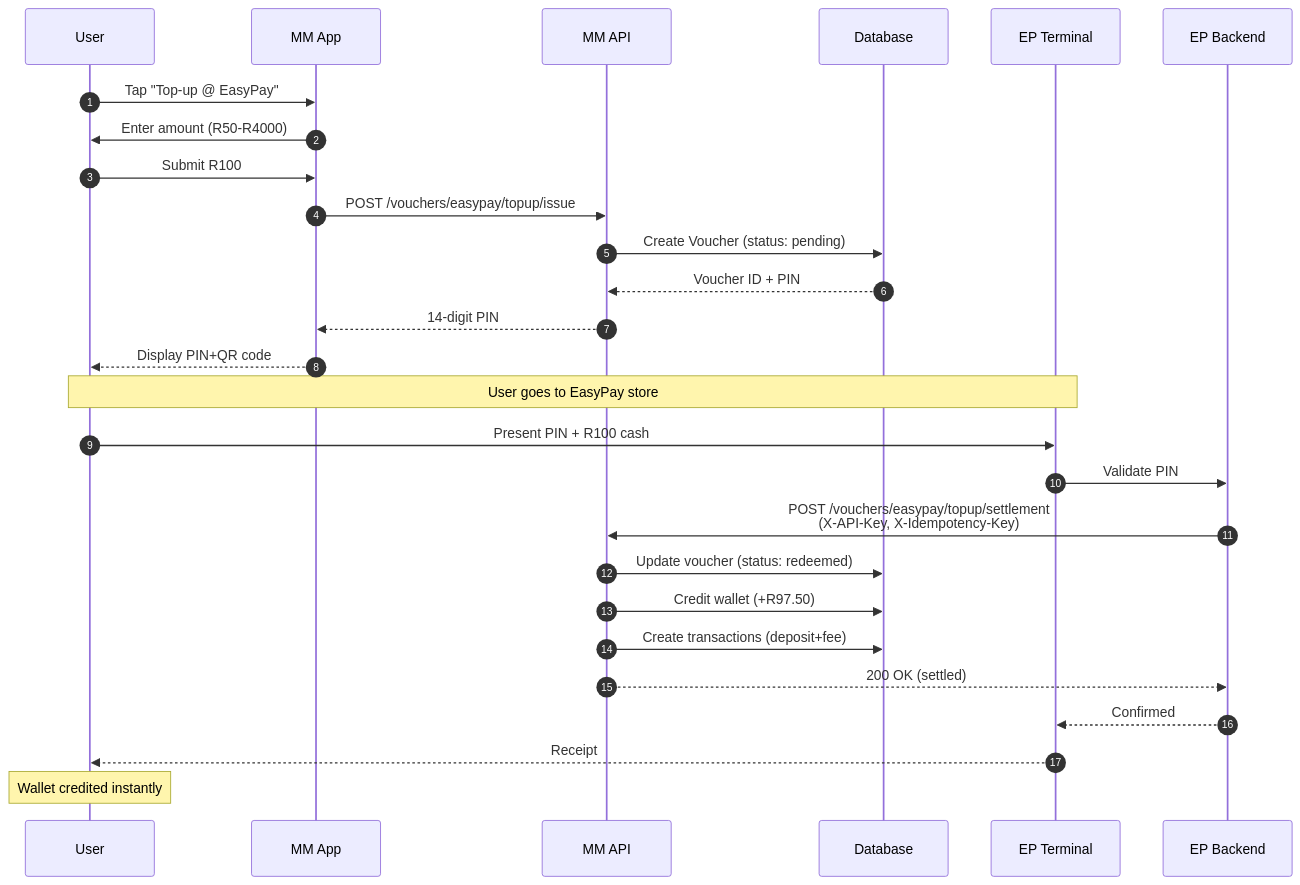
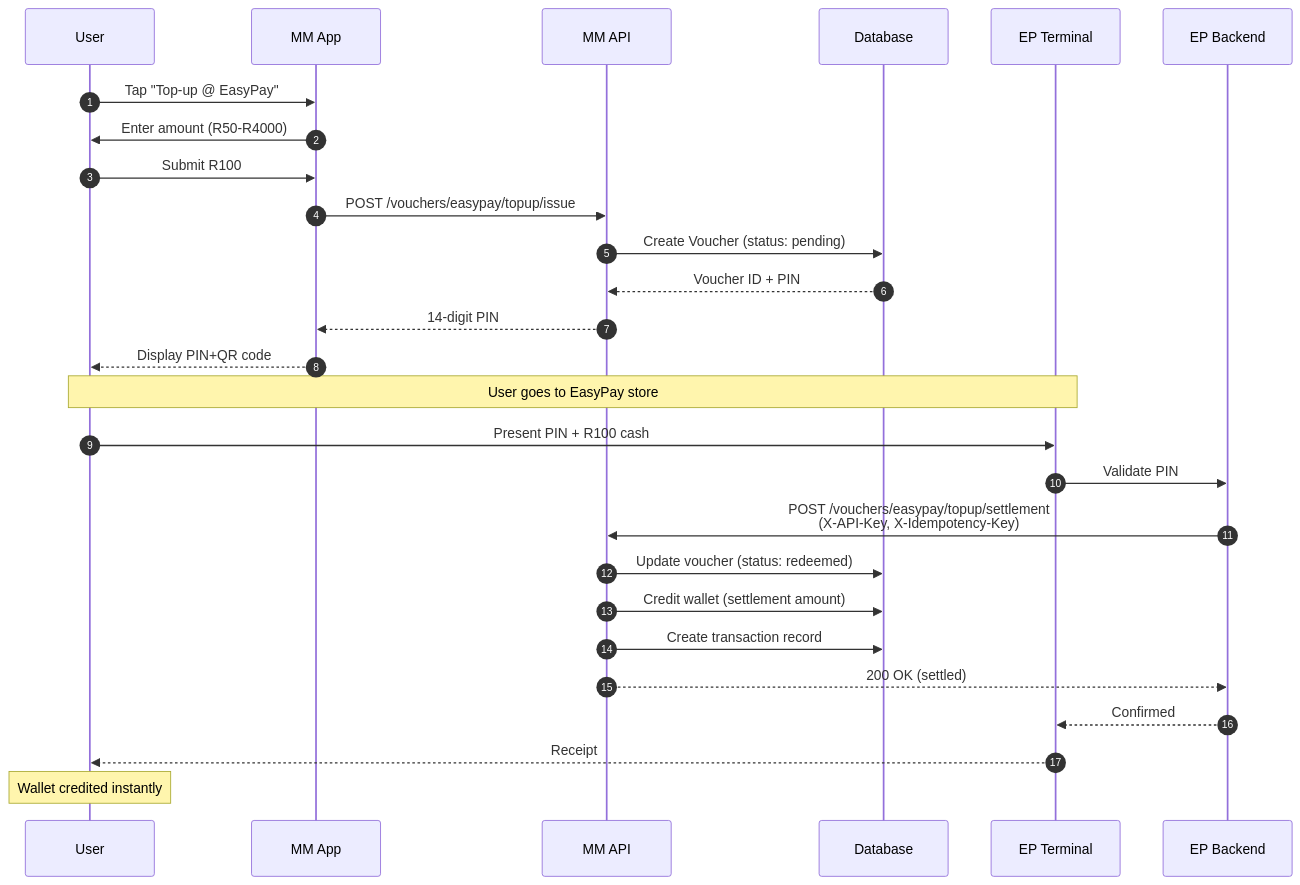
Before and after one commit to mymoolah-africa/mymoolah-platform: the fifth of 6 diagrams in docs/integrations/EasyPay_API_Integration_Guide.md, drawn with Mermaid. The commit also changed other lines of this file, not shown here.

First line of the commit message:
docs: Remove all fee and margin references from EasyPay API Integration Guide

````diff
--- a/docs/integrations/EasyPay_API_Integration_Guide.md
+++ b/docs/integrations/EasyPay_API_Integration_Guide.md
@@ -1023,32 +1019,32 @@
 ```mermaid
 sequenceDiagram
     autonumber
     participant U as User
     participant App as MM App
     participant API as MM API
     participant DB as Database
     participant EPTerm as EP Terminal
     participant EPBack as EP Backend
     
     U->>App: Tap "Top-up @ EasyPay"
     App->>U: Enter amount (R50-R4000)
     U->>App: Submit R100
     App->>API: POST /vouchers/easypay/topup/issue
     API->>DB: Create Voucher (status: pending)
     DB-->>API: Voucher ID + PIN
     API-->>App: 14-digit PIN
     App-->>U: Display PIN+QR code
     
     Note over U,EPTerm: User goes to EasyPay store
     U->>EPTerm: Present PIN + R100 cash
     EPTerm->>EPBack: Validate PIN
     EPBack->>API: POST /vouchers/easypay/topup/settlement<br/>(X-API-Key, X-Idempotency-Key)
     API->>DB: Update voucher (status: redeemed)
-    API->>DB: Credit wallet (+R97.50)
-    API->>DB: Create transactions (deposit+fee)
+    API->>DB: Credit wallet (settlement amount)
+    API->>DB: Create transaction record
     API-->>EPBack: 200 OK (settled)
     EPBack-->>EPTerm: Confirmed
     EPTerm-->>U: Receipt
     
     Note over U: Wallet credited instantly
 ```
````
